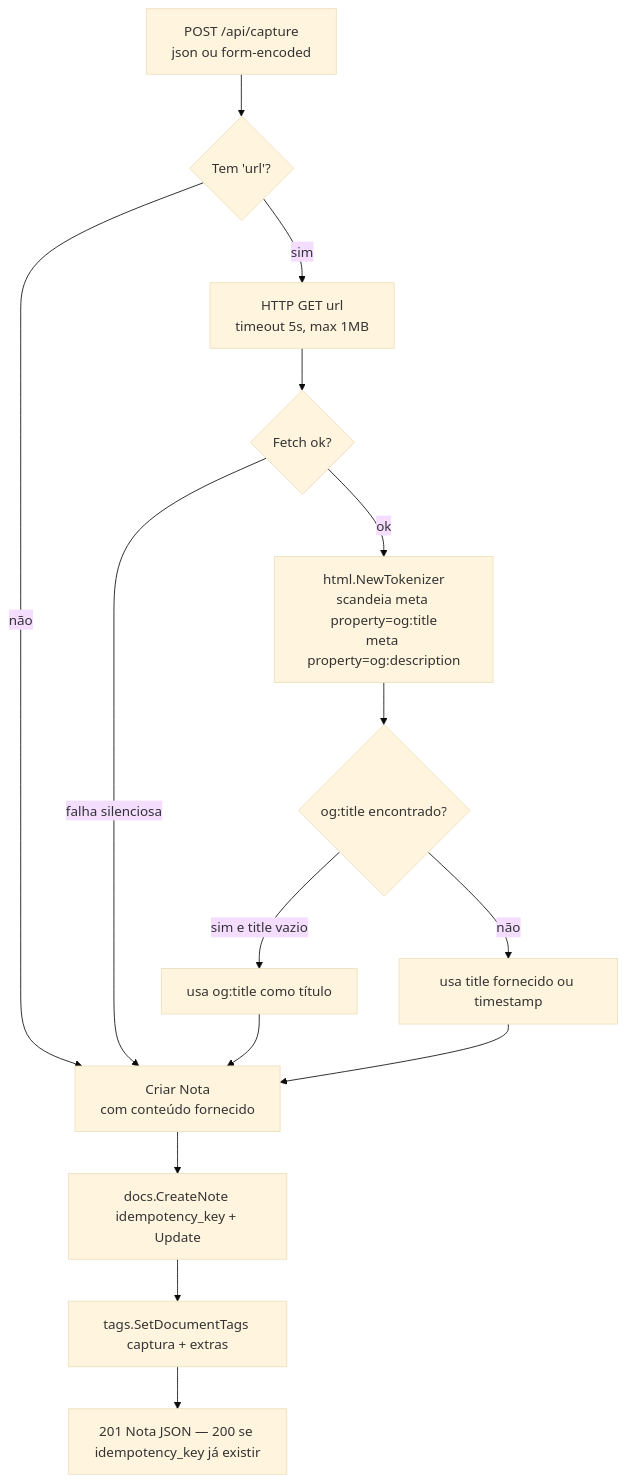
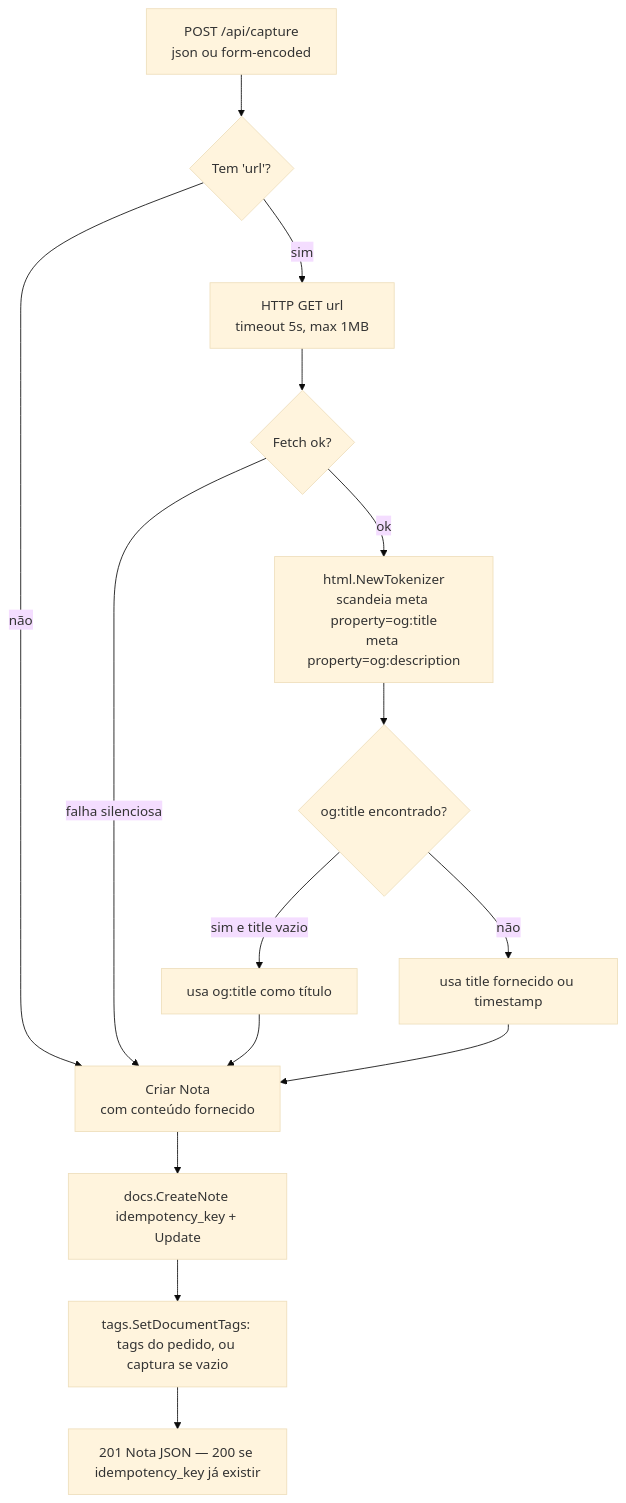
Before and after one commit to edalcin/pkd: the sixth of 7 diagrams in docs/c4/code.md, drawn with Mermaid (base theme). The commit also changed 2 other files, not shown here.

Commit message:
feat: /api/capture usa as tags do pedido no lugar de #captura (pkdMobile manda #android)

````diff
--- a/docs/c4/code.md
+++ b/docs/c4/code.md
@@ -232,17 +232,17 @@
 ```mermaid
 flowchart TD
     A[POST /api/capture\njson ou form-encoded] --> B{Tem 'url'?}
     B -- não --> E[Criar Nota\ncom conteúdo fornecido]
     B -- sim --> C[HTTP GET url\ntimeout 5s, max 1MB]
     C --> D{Fetch ok?}
     D -- falha silenciosa --> E
     D -- ok --> F[html.NewTokenizer\nscandeia meta property=og:title\nmeta property=og:description]
     F --> G{og:title encontrado?}
     G -- sim e title vazio --> H[usa og:title como título]
     G -- não --> I[usa title fornecido ou timestamp]
     H --> E
     I --> E
     E --> J[docs.CreateNote idempotency_key + Update]
-    J --> K[tags.SetDocumentTags captura + extras]
+    J --> K[tags.SetDocumentTags: tags do pedido, ou captura se vazio]
     K --> L[201 Nota JSON — 200 se idempotency_key já existir]
 ```
````
